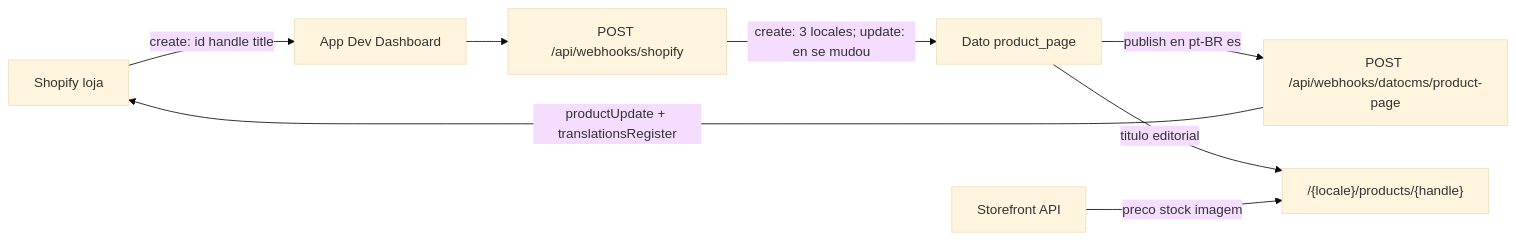
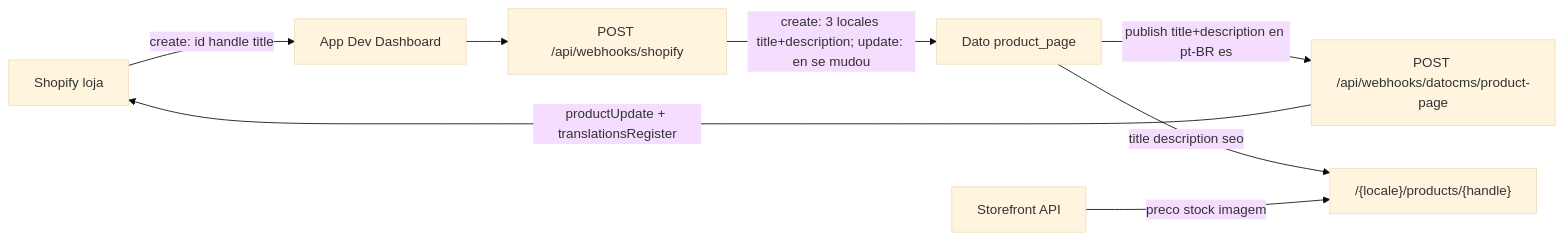
Before and after one commit to ezequiel-da-silva/enterprise-next-datocms: the diagram in docs/SHOPIFY.md, drawn with Mermaid (base theme). The commit also changed other lines of this file and 26 other files, not shown here.

````diff
--- a/docs/SHOPIFY.md
+++ b/docs/SHOPIFY.md
@@ -9,18 +9,18 @@
 ```mermaid
 flowchart LR
   ShopifyStore[Shopify loja]
   AppWebhook[App Dev Dashboard]
   NextShopify["POST /api/webhooks/shopify"]
   DatoCMA[Dato product_page]
   NextDato["POST /api/webhooks/datocms/product-page"]
   NextPDP["/{locale}/products/{handle}"]
   Storefront[Storefront API]
 
   ShopifyStore -->|"create: id handle title"| AppWebhook
   AppWebhook --> NextShopify
-  NextShopify -->|"create: 3 locales; update: en se mudou"| DatoCMA
-  DatoCMA -->|"publish en pt-BR es"| NextDato
+  NextShopify -->|"create: 3 locales title+description; update: en se mudou"| DatoCMA
+  DatoCMA -->|"publish title+description en pt-BR es"| NextDato
   NextDato -->|productUpdate + translationsRegister| ShopifyStore
-  DatoCMA -->|titulo editorial| NextPDP
+  DatoCMA -->|title description seo| NextPDP
   Storefront -->|preco stock imagem| NextPDP
 ```
````
